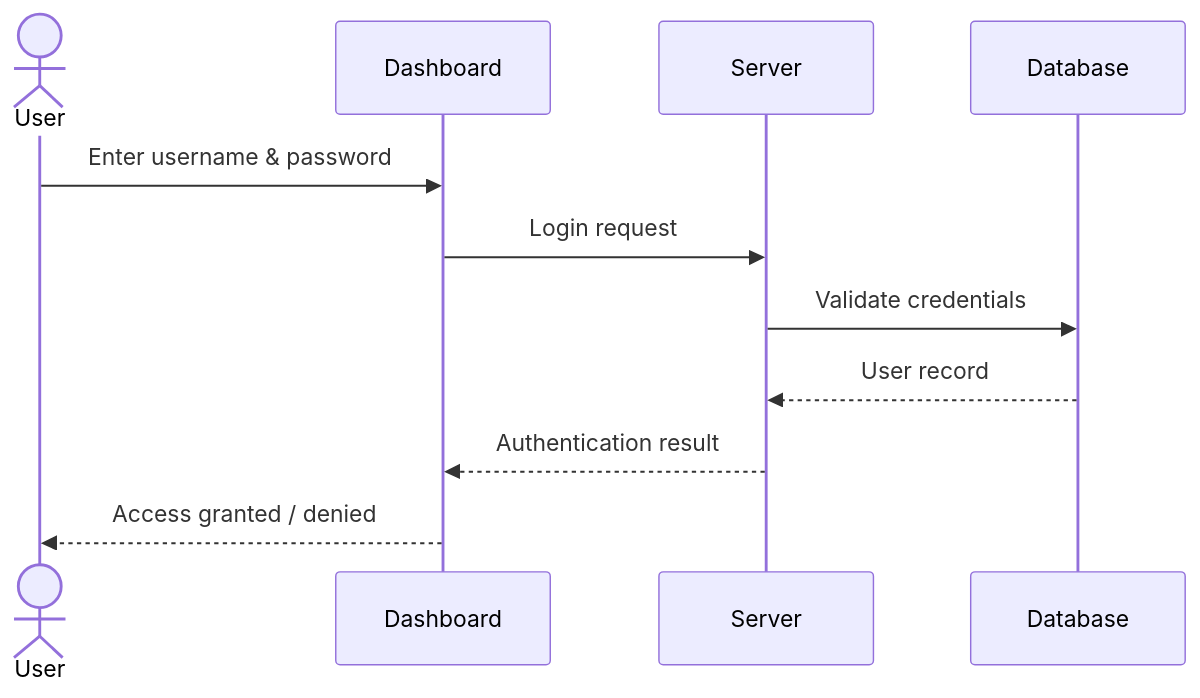
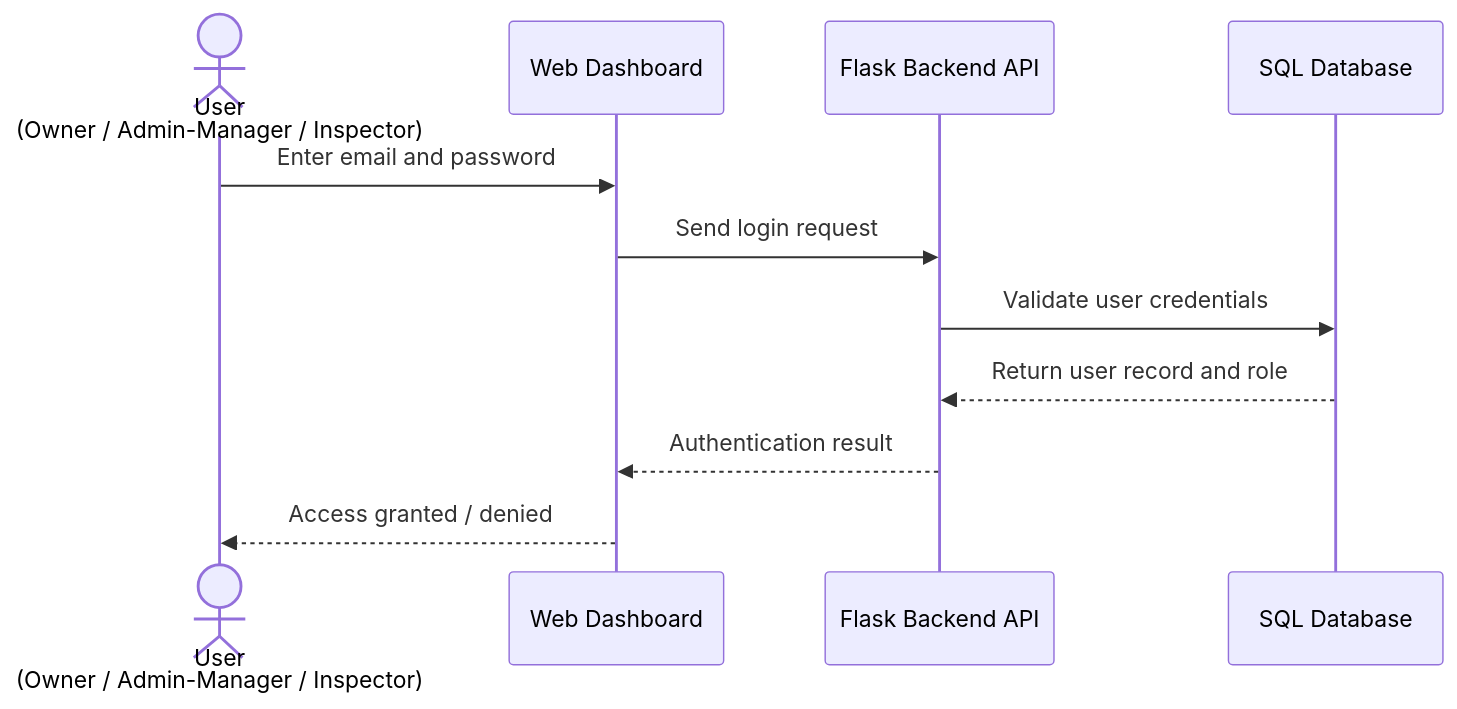
The first of 3 diagrams in Stage 3/3. Create High-Level Sequence Diagrams/High-Level Sequence Diagrams.md (rabea14180-max/Portfolio-Project), drawn with Mermaid before and after one commit. The commit also changed other lines of this file, not shown here.

First line of the commit message:
Revise High-Level Sequence Diagrams and Use Cases

````diff
--- a/Stage 3/3. Create High-Level Sequence Diagrams/High-Level Sequence Diagrams.md
+++ b/Stage 3/3. Create High-Level Sequence Diagrams/High-Level Sequence Diagrams.md
@@ -5,15 +14,14 @@
 ```mermaid
 sequenceDiagram
-    actor User
-    participant Dashboard
-    participant Server
-    participant Database
+    actor User as User<br/>(Owner / Admin-Manager / Inspector)
+    participant Dashboard as Web Dashboard
+    participant API as Flask Backend API
+    participant DB as SQL Database
 
-    User->>Dashboard: Enter username & password
-    Dashboard->>Server: Login request
-    Server->>Database: Validate credentials
-    Database-->>Server: User record
-    Server-->>Dashboard: Authentication result
+    User->>Dashboard: Enter email and password
+    Dashboard->>API: Send login request
+    API->>DB: Validate user credentials
+    DB-->>API: Return user record and role
+    API-->>Dashboard: Authentication result
     Dashboard-->>User: Access granted / denied
-
 ```
````
